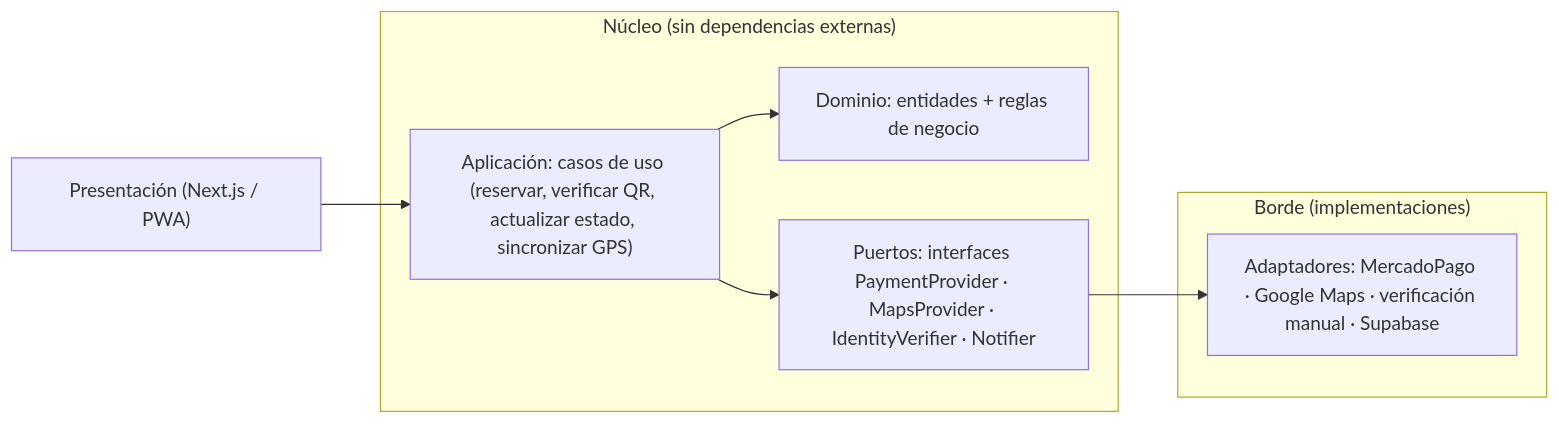
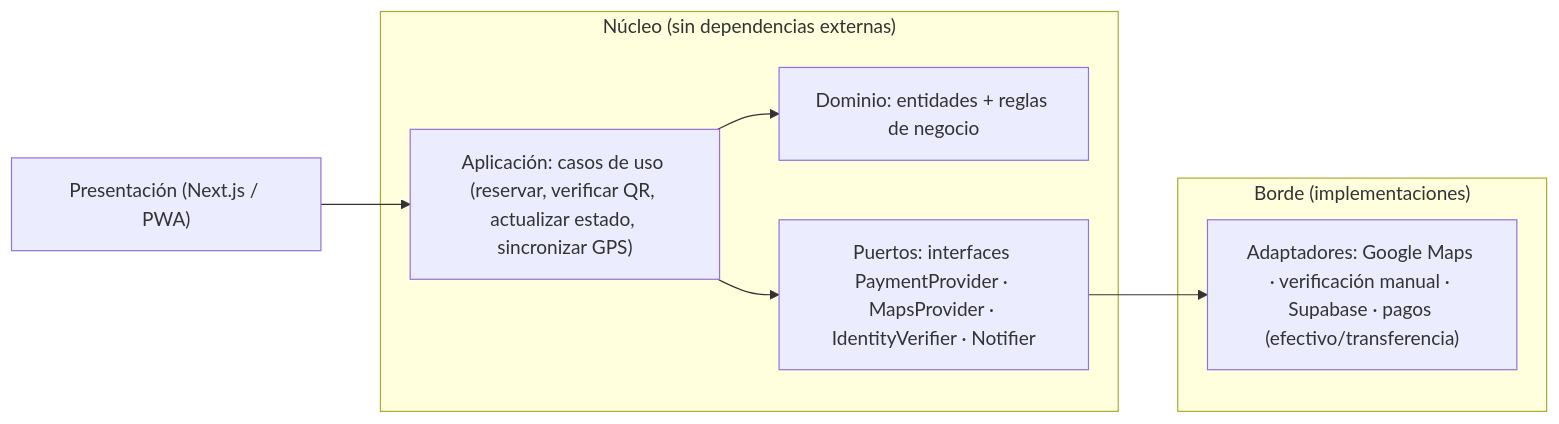
The first of 5 diagrams in docs/02-arquitectura.md (Estudio-Nomade/tubi), drawn with Mermaid before and after one commit. The commit also changed other lines of this file and 4 other files, not shown here.

Commit message:
docs: pago en efectivo/transferencia (sin MercadoPago) + registro de conductor

````diff
--- a/docs/02-arquitectura.md
+++ b/docs/02-arquitectura.md
@@ -25,15 +25,15 @@
 ```mermaid
 flowchart LR
     subgraph Nucleo["Núcleo (sin dependencias externas)"]
         DOM["Dominio: entidades + reglas de negocio"]
         APP["Aplicación: casos de uso (reservar, verificar QR, actualizar estado, sincronizar GPS)"]
         PORTS["Puertos: interfaces PaymentProvider · MapsProvider · IdentityVerifier · Notifier"]
     end
     subgraph Borde["Borde (implementaciones)"]
-        ADAPT["Adaptadores: MercadoPago · Google Maps · verificación manual · Supabase"]
+        ADAPT["Adaptadores: Google Maps · verificación manual · Supabase · pagos (efectivo/transferencia)"]
     end
     UI["Presentación (Next.js / PWA)"] --> APP
     APP --> DOM
     APP --> PORTS
     PORTS --> ADAPT
 ```
````
